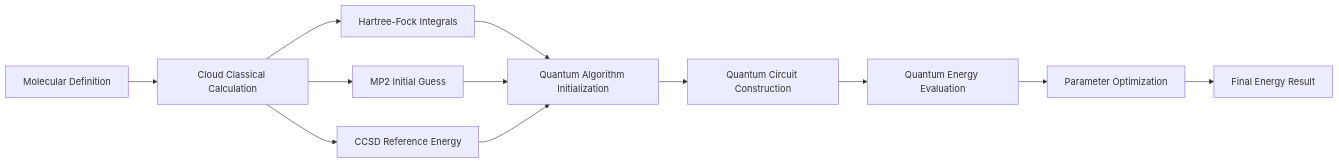
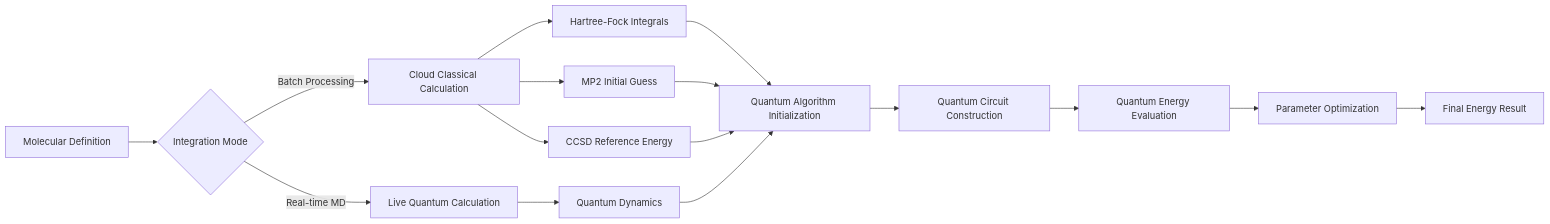
The ninth of 9 diagrams in .qoder/repowiki/en/content/Quantum Chemistry Applications/Classical Chemistry Integration.md (QureGenAI-Biotech/TyxonQ), drawn with Mermaid before and after one commit. The commit also changed other lines of this file and 516 other files, not shown here.

````diff
--- a/.qoder/repowiki/en/content/Quantum Chemistry Applications/Classical Chemistry Integration.md
+++ b/.qoder/repowiki/en/content/Quantum Chemistry Applications/Classical Chemistry Integration.md
@@ -201,14 +355,18 @@
 ```mermaid
 graph LR
-A[Molecular Definition] --> B[Cloud Classical Calculation]
-B --> C[Hartree-Fock Integrals]
-B --> D[MP2 Initial Guess]
-B --> E[CCSD Reference Energy]
-C --> F[Quantum Algorithm Initialization]
-D --> F
-E --> F
-F --> G[Quantum Circuit Construction]
-G --> H[Quantum Energy Evaluation]
-H --> I[Parameter Optimization]
-I --> J[Final Energy Result]
+A[Molecular Definition] --> B{Integration Mode}
+B --> |Batch Processing| C[Cloud Classical Calculation]
+B --> |Real-time MD| D[Live Quantum Calculation]
+C --> E[Hartree-Fock Integrals]
+C --> F[MP2 Initial Guess]
+C --> G[CCSD Reference Energy]
+D --> H[Quantum Dynamics]
+E --> I[Quantum Algorithm Initialization]
+F --> I
+G --> I
+H --> I
+I --> J[Quantum Circuit Construction]
+J --> K[Quantum Energy Evaluation]
+K --> L[Parameter Optimization]
+L --> M[Final Energy Result]
 ```
````
